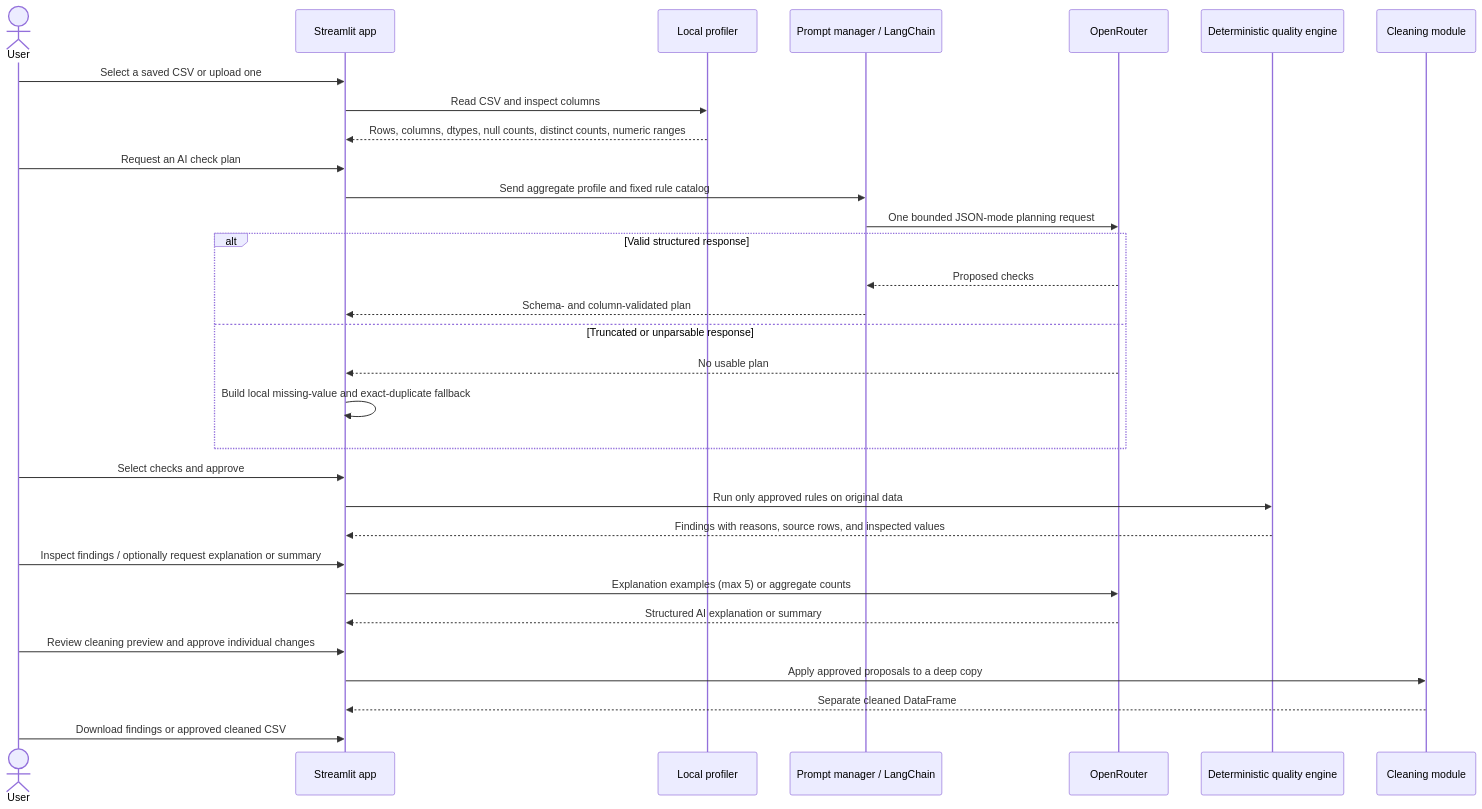
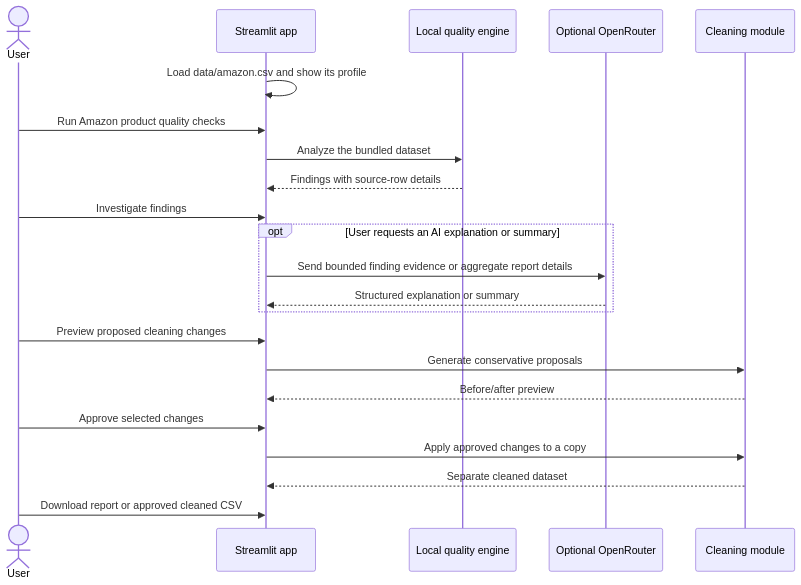
Before and after one commit to Pratanu123/ai-data-quality-investigator: the second of 2 diagrams in README.md, drawn with Mermaid. The commit also changed other lines of this file and 7 other files, not shown here.

Commit message:
Amazon Dataset Analysis

````diff
--- a/README.md
+++ b/README.md
@@ -100,34 +49,25 @@
 ```mermaid
 sequenceDiagram
     actor User
-    participant UI as Streamlit app
-    participant Profile as Local profiler
-    participant Prompt as Prompt manager / LangChain
-    participant Router as OpenRouter
-    participant Engine as Deterministic quality engine
+    participant App as Streamlit app
+    participant Engine as Local quality engine
+    participant AI as Optional OpenRouter
     participant Clean as Cleaning module
 
-    User->>UI: Select a saved CSV or upload one
-    UI->>Profile: Read CSV and inspect columns
-    Profile-->>UI: Rows, columns, dtypes, null counts, distinct counts, numeric ranges
-    User->>UI: Request an AI check plan
-    UI->>Prompt: Send aggregate profile and fixed rule catalog
-    Prompt->>Router: One bounded JSON-mode planning request
-    alt Valid structured response
-        Router-->>Prompt: Proposed checks
-        Prompt-->>UI: Schema- and column-validated plan
-    else Truncated or unparsable response
-        Router-->>UI: No usable plan
-        UI->>UI: Build local missing-value and exact-duplicate fallback
+    App->>App: Load data/amazon.csv and show its profile
+    User->>App: Run Amazon product quality checks
+    App->>Engine: Analyze the bundled dataset
+    Engine-->>App: Findings with source-row details
+    User->>App: Investigate findings
+    opt User requests an AI explanation or summary
+        App->>AI: Send bounded finding evidence or aggregate report details
+        AI-->>App: Structured explanation or summary
     end
-    User->>UI: Select checks and approve
-    UI->>Engine: Run only approved rules on original data
-    Engine-->>UI: Findings with reasons, source rows, and inspected values
-    User->>UI: Inspect findings / optionally request explanation or summary
-    UI->>Router: Explanation examples (max 5) or aggregate counts
-    Router-->>UI: Structured AI explanation or summary
-    User->>UI: Review cleaning preview and approve individual changes
-    UI->>Clean: Apply approved proposals to a deep copy
-    Clean-->>UI: Separate cleaned DataFrame
-    User->>UI: Download findings or approved cleaned CSV
+    User->>App: Preview proposed cleaning changes
+    App->>Clean: Generate conservative proposals
+    Clean-->>App: Before/after preview
+    User->>App: Approve selected changes
+    App->>Clean: Apply approved changes to a copy
+    Clean-->>App: Separate cleaned dataset
+    User->>App: Download report or approved cleaned CSV
 ```
````
